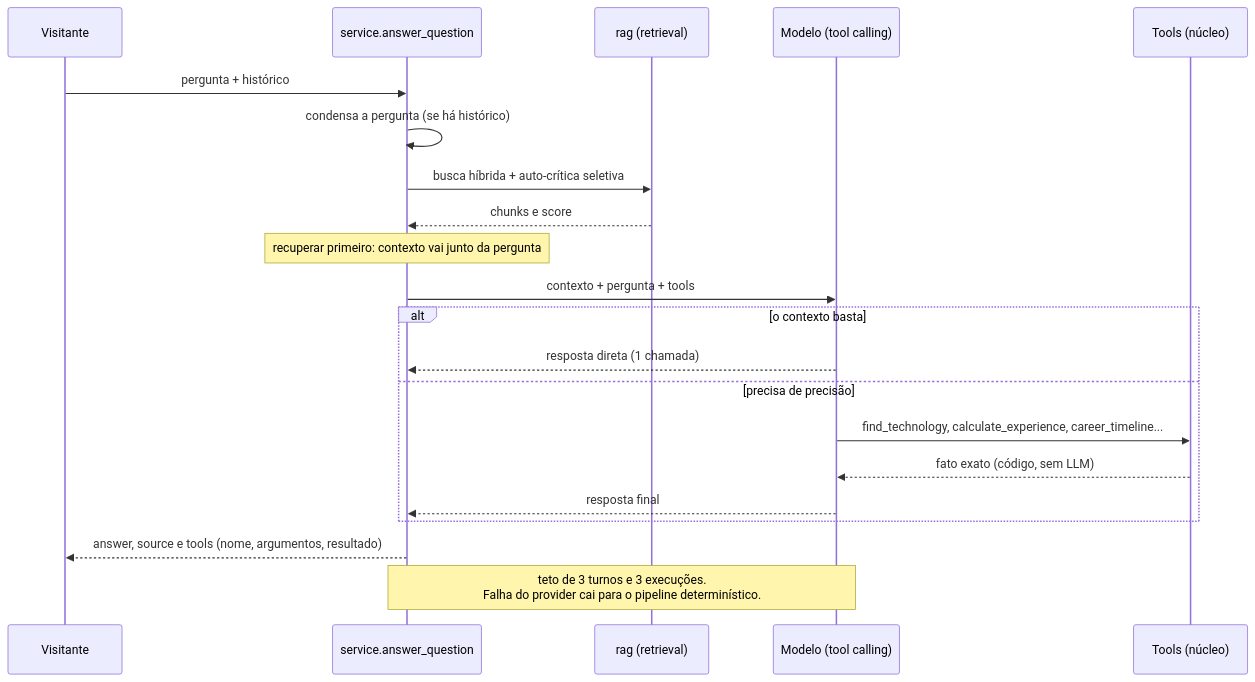
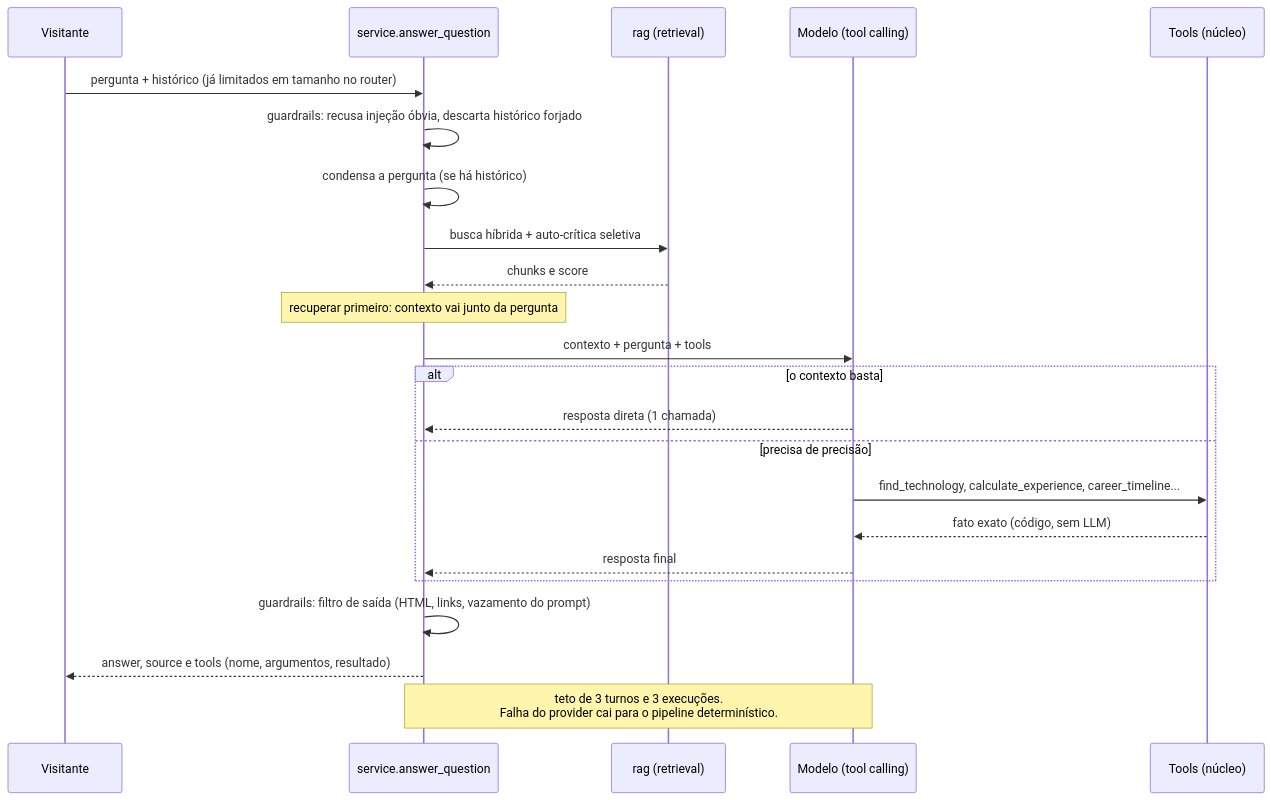
Before and after one commit to lucaspalharesbarbosa/curriculo-online-ia: the second of 2 diagrams in docs/architecture/C4-002-componentes-backend-tools-mcp.md, drawn with Mermaid. The commit also changed other lines of this file and 7 other files, not shown here.

````diff
--- a/docs/architecture/C4-002-componentes-backend-tools-mcp.md
+++ b/docs/architecture/C4-002-componentes-backend-tools-mcp.md
@@ -58,24 +61,26 @@
 ```mermaid
 sequenceDiagram
     participant V as Visitante
     participant S as service.answer_question
     participant R as rag (retrieval)
     participant M as Modelo (tool calling)
     participant T as Tools (núcleo)
 
-    V->>S: pergunta + histórico
+    V->>S: pergunta + histórico (já limitados em tamanho no router)
+    S->>S: guardrails: recusa injeção óbvia, descarta histórico forjado
     S->>S: condensa a pergunta (se há histórico)
     S->>R: busca híbrida + auto-crítica seletiva
     R-->>S: chunks e score
     Note over S: recuperar primeiro: contexto vai junto da pergunta
     S->>M: contexto + pergunta + tools
     alt o contexto basta
         M-->>S: resposta direta (1 chamada)
     else precisa de precisão
         M->>T: find_technology, calculate_experience, career_timeline...
         T-->>M: fato exato (código, sem LLM)
         M-->>S: resposta final
     end
+    S->>S: guardrails: filtro de saída (HTML, links, vazamento do prompt)
     S-->>V: answer, source e tools (nome, argumentos, resultado)
     Note over S,M: teto de 3 turnos e 3 execuções.<br/>Falha do provider cai para o pipeline determinístico.
 ```
````
